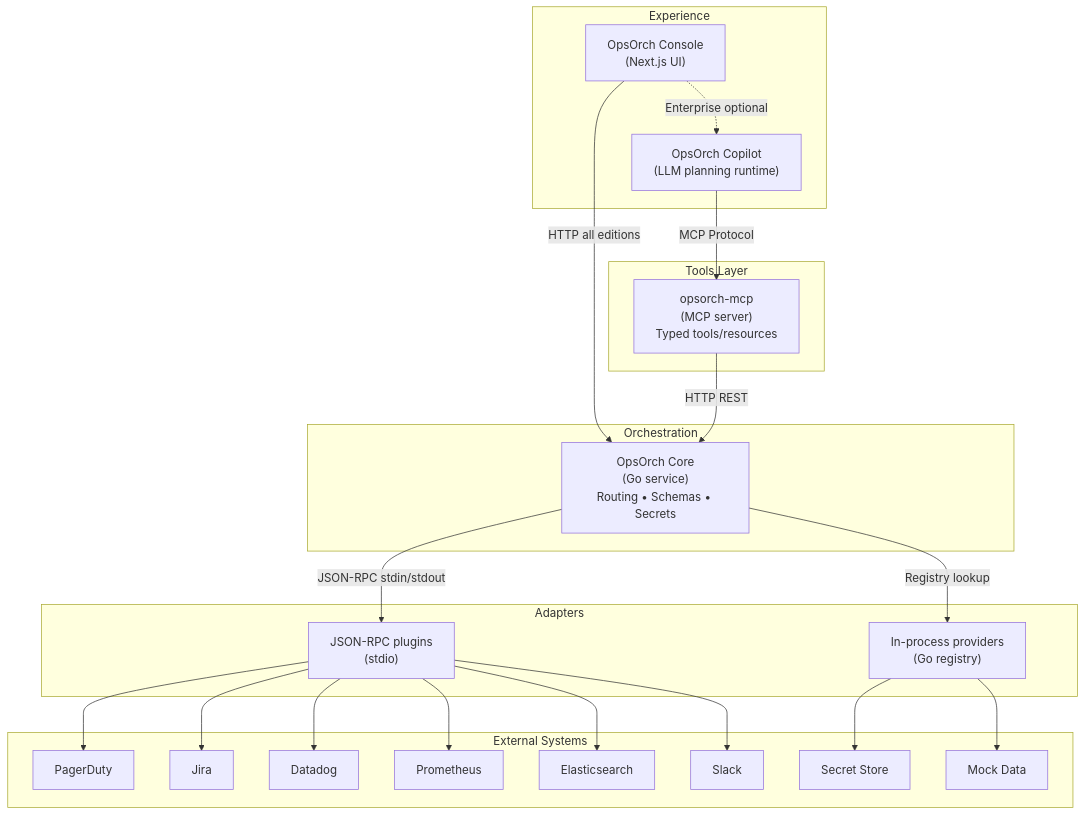
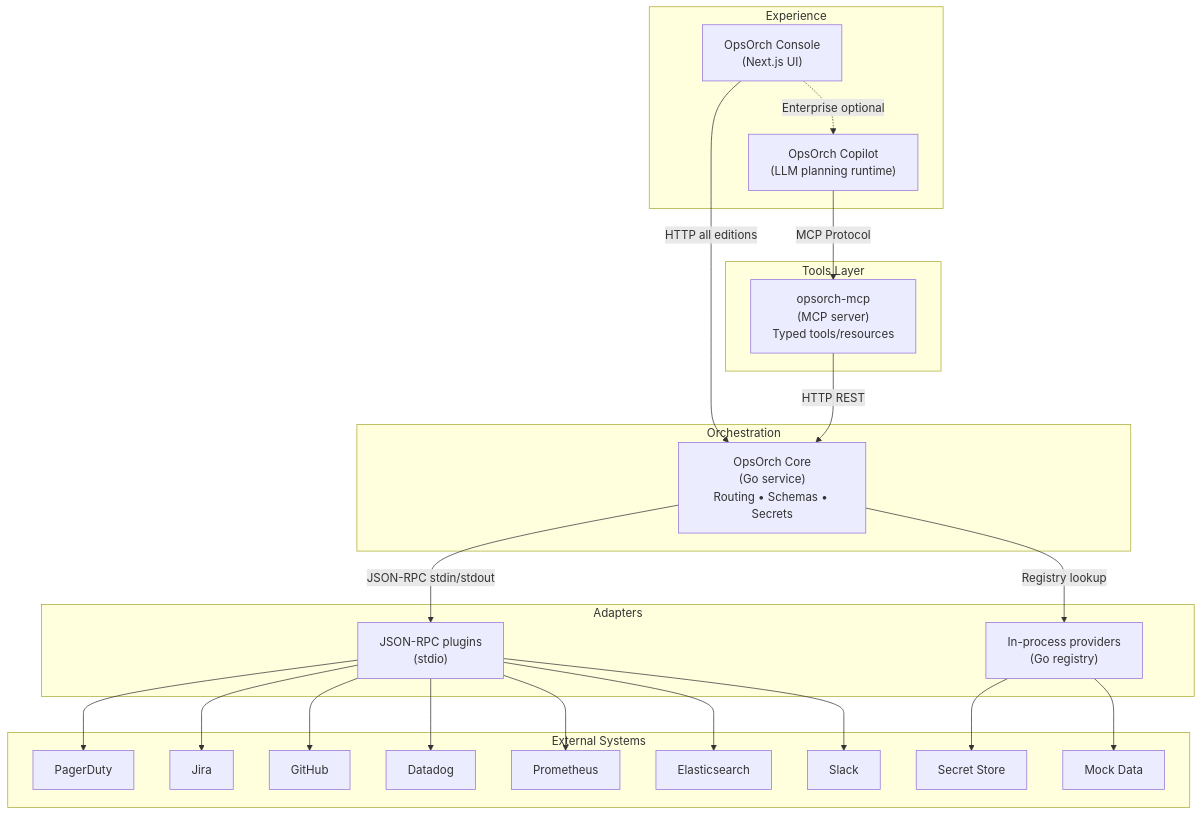
One commit to OpsOrch/.github changed the diagram in profile/README.md. Above: the diagram before and after it, drawn with Mermaid. The commit also changed other lines of this file, not shown here.

````diff
--- a/profile/README.md
+++ b/profile/README.md
@@ -33,46 +34,48 @@
 ```mermaid
 graph TB
     subgraph "Experience"
         Console["OpsOrch Console\n(Next.js UI)"]
         Copilot["OpsOrch Copilot\n(LLM planning runtime)"]
     end
     
     subgraph "Tools Layer"
         MCP["opsorch-mcp\n(MCP server)\nTyped tools/resources"]
     end
     
     subgraph "Orchestration"
         Core["OpsOrch Core\n(Go service)\nRouting • Schemas • Secrets"]
     end
     
     subgraph "Adapters"
         InProc["In-process providers\n(Go registry)"]
         Plugins["JSON-RPC plugins\n(stdio)"]
     end
     
     subgraph "External Systems"
         PD[PagerDuty]
         Jira[Jira]
+        GitHub[GitHub]
         DD[Datadog]
         Prom[Prometheus]
         ES[Elasticsearch]
         Slack[Slack]
         Secret[Secret Store]
         Mock[Mock Data]
     end
     
     Console -.Enterprise optional.-> Copilot
     Console -->|HTTP all editions| Core
     Copilot -->|MCP Protocol| MCP
     MCP -->|HTTP REST| Core
     Core -->|Registry lookup| InProc
     Core -->|JSON-RPC stdin/stdout| Plugins
     InProc --> Mock
     InProc --> Secret
     Plugins --> PD
     Plugins --> Jira
+    Plugins --> GitHub
     Plugins --> DD
     Plugins --> Prom
     Plugins --> ES
     Plugins --> Slack
 ```
````
